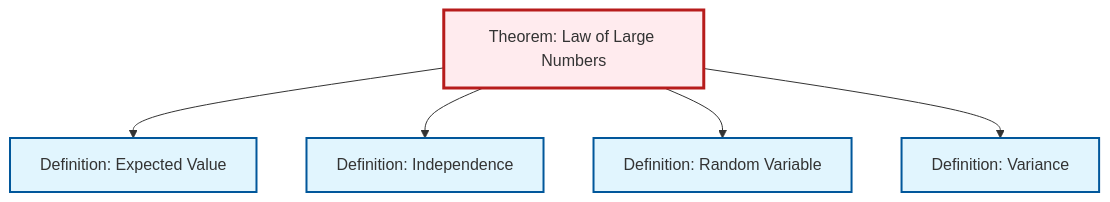
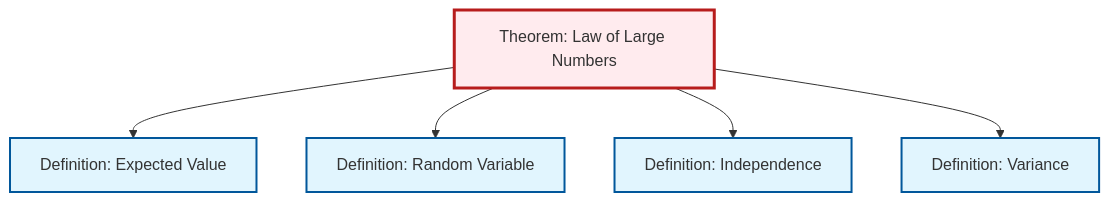
Before and after one commit to RK0429/ModernMath: the second of 2 diagrams in content/en/probability-statistics/thm-law-of-large-numbers.qmd, drawn with Mermaid. The commit also changed other lines of this file and 554 other files, not shown here.

````diff
--- a/content/en/probability-statistics/thm-law-of-large-numbers.qmd
+++ b/content/en/probability-statistics/thm-law-of-large-numbers.qmd
@@ -88,23 +88,23 @@
 ```{mermaid}
 %%| fig-cap: "Local dependency graph"
 graph TD
     classDef definition fill:#e1f5fe,stroke:#01579b,stroke-width:2px
     classDef theorem fill:#f3e5f5,stroke:#4a148c,stroke-width:2px
     classDef axiom fill:#fff3e0,stroke:#e65100,stroke-width:2px
     classDef example fill:#e8f5e9,stroke:#1b5e20,stroke-width:2px
     classDef current fill:#ffebee,stroke:#b71c1c,stroke-width:3px
+    def-variance["Definition: Variance"]:::definition
     def-random-variable["Definition: Random Variable"]:::definition
-    def-expectation["Definition: Expected Value"]:::definition
     thm-law-of-large-numbers["Theorem: Law of Large Numbers"]:::theorem
     def-independence["Definition: Independence"]:::definition
-    def-variance["Definition: Variance"]:::definition
+    def-expectation["Definition: Expected Value"]:::definition
     thm-law-of-large-numbers --> def-expectation
+    thm-law-of-large-numbers --> def-random-variable
     thm-law-of-large-numbers --> def-independence
-    thm-law-of-large-numbers --> def-random-variable
     thm-law-of-large-numbers --> def-variance
     class thm-law-of-large-numbers current
+    click def-variance "def-variance.html" "Go to Variance definition"
     click def-random-variable "def-random-variable.html" "Go to Random Variable definition"
+    click def-independence "def-independence.html" "Go to Independence definition"
     click def-expectation "def-expectation.html" "Go to Expected Value definition"
-    click def-independence "def-independence.html" "Go to Independence definition"
-    click def-variance "def-variance.html" "Go to Variance definition"
 ```
````
